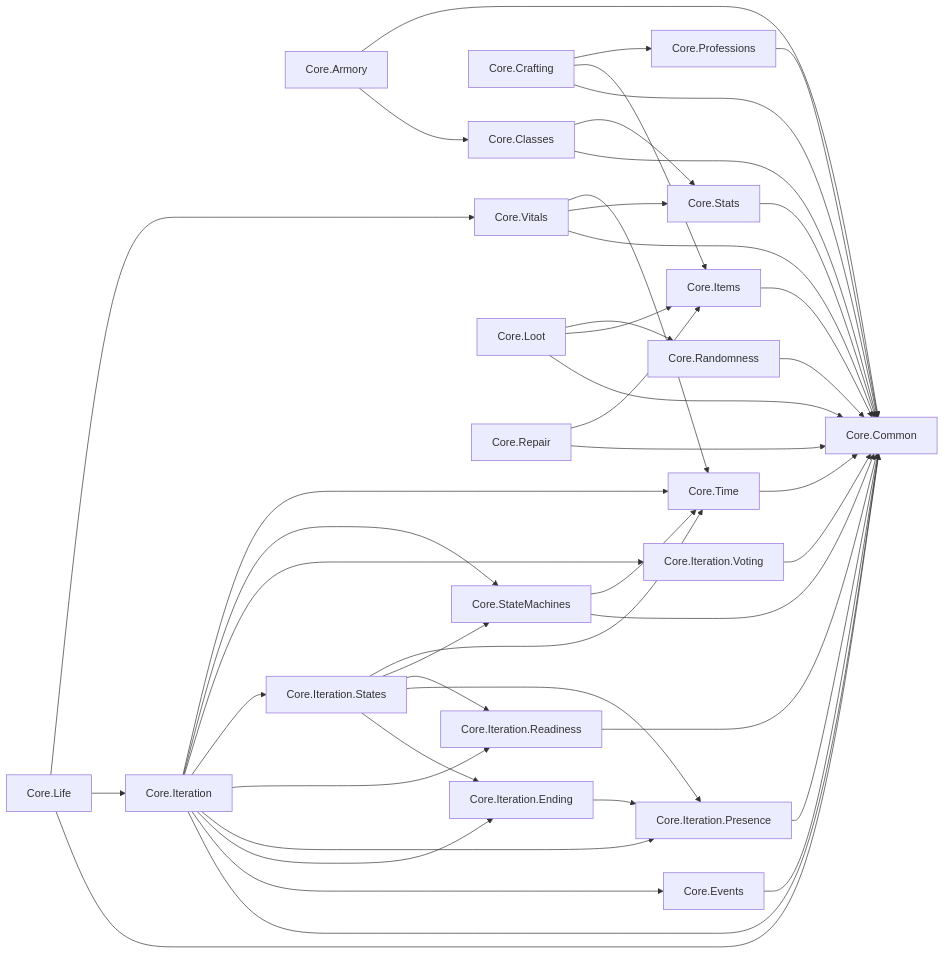
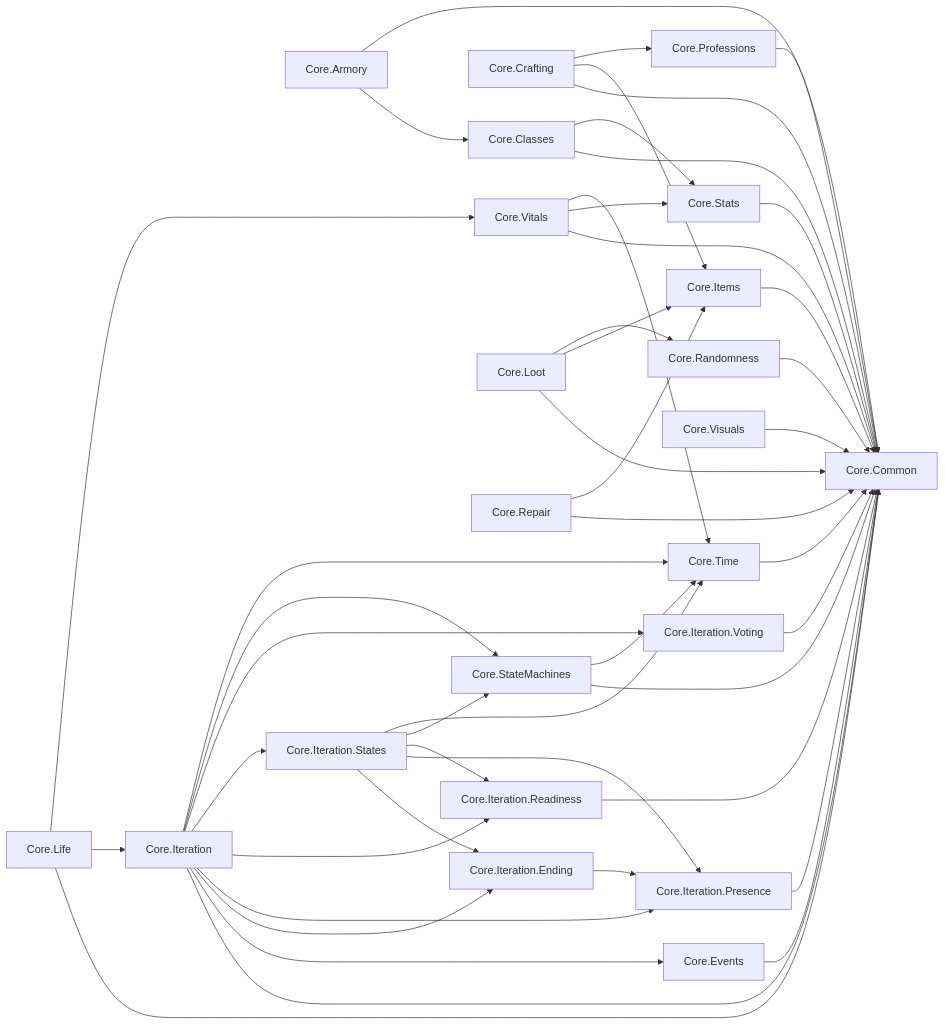
One commit to LazaroPol/Acensor changed the diagram in docs/arquitectura/MODULOS.md. Above: the diagram before and after it, drawn with Mermaid. The commit also changed other lines of this file and 18 other files, not shown here.

````diff
--- a/docs/arquitectura/MODULOS.md
+++ b/docs/arquitectura/MODULOS.md
@@ -33,68 +34,70 @@
 ```mermaid
 flowchart LR
   n0["Core.Armory"]
   n1["Core.Classes"]
   n2["Core.Common"]
   n3["Core.Crafting"]
   n4["Core.Events"]
   n5["Core.Items"]
   n6["Core.Iteration"]
   n7["Core.Iteration.Ending"]
   n8["Core.Iteration.Presence"]
   n9["Core.Iteration.Readiness"]
   n10["Core.Iteration.States"]
   n11["Core.Iteration.Voting"]
   n12["Core.Life"]
   n13["Core.Loot"]
   n14["Core.Professions"]
   n15["Core.Randomness"]
   n16["Core.Repair"]
   n17["Core.StateMachines"]
   n18["Core.Stats"]
   n19["Core.Time"]
-  n20["Core.Vitals"]
+  n20["Core.Visuals"]
+  n21["Core.Vitals"]
   n0 --> n1
   n0 --> n2
   n1 --> n2
   n1 --> n18
   n3 --> n2
   n3 --> n5
   n3 --> n14
   n4 --> n2
   n5 --> n2
   n6 --> n2
   n6 --> n4
   n6 --> n7
   n6 --> n8
   n6 --> n9
   n6 --> n10
   n6 --> n11
   n6 --> n17
   n6 --> n19
   n7 --> n8
   n8 --> n2
   n9 --> n2
   n10 --> n7
   n10 --> n8
   n10 --> n9
   n10 --> n17
   n10 --> n19
   n11 --> n2
   n12 --> n2
   n12 --> n6
-  n12 --> n20
+  n12 --> n21
   n13 --> n2
   n13 --> n5
   n13 --> n15
   n14 --> n2
   n15 --> n2
   n16 --> n2
   n16 --> n5
   n17 --> n2
   n17 --> n19
   n18 --> n2
   n19 --> n2
   n20 --> n2
-  n20 --> n18
-  n20 --> n19
+  n21 --> n2
+  n21 --> n18
+  n21 --> n19
 ```
````
